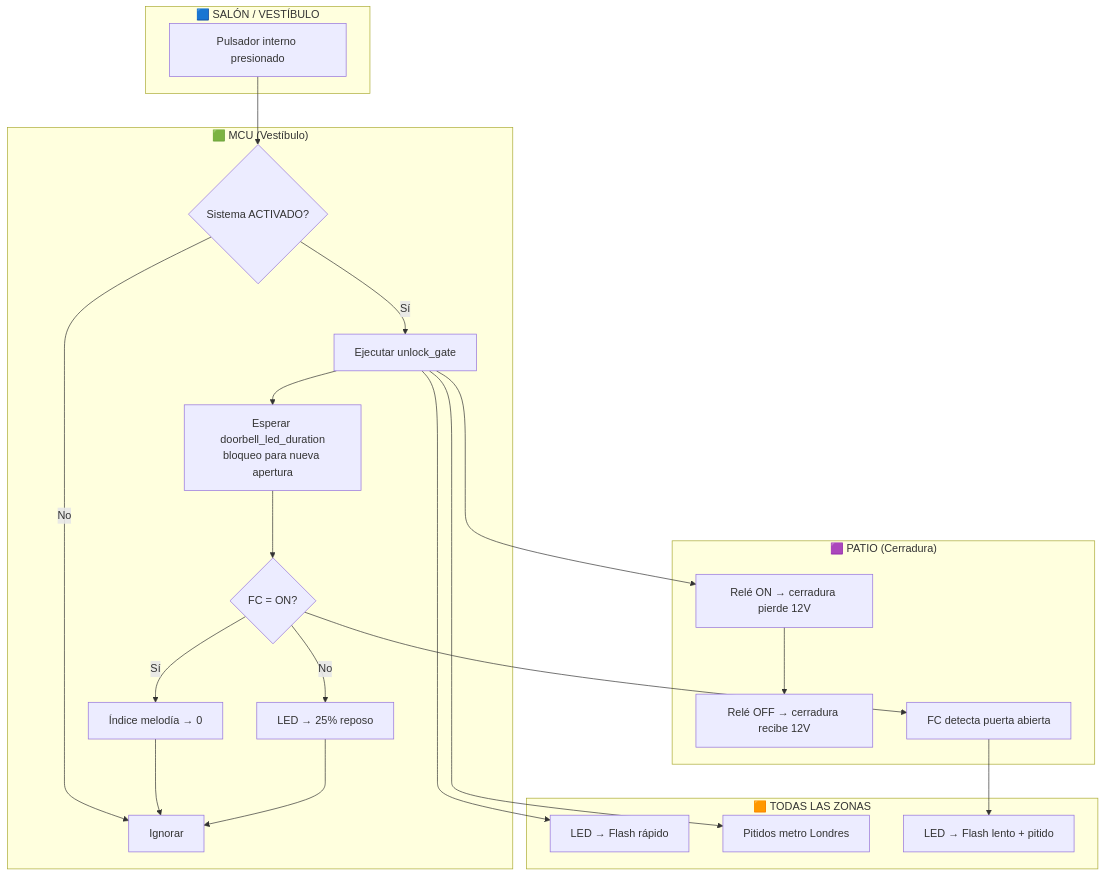
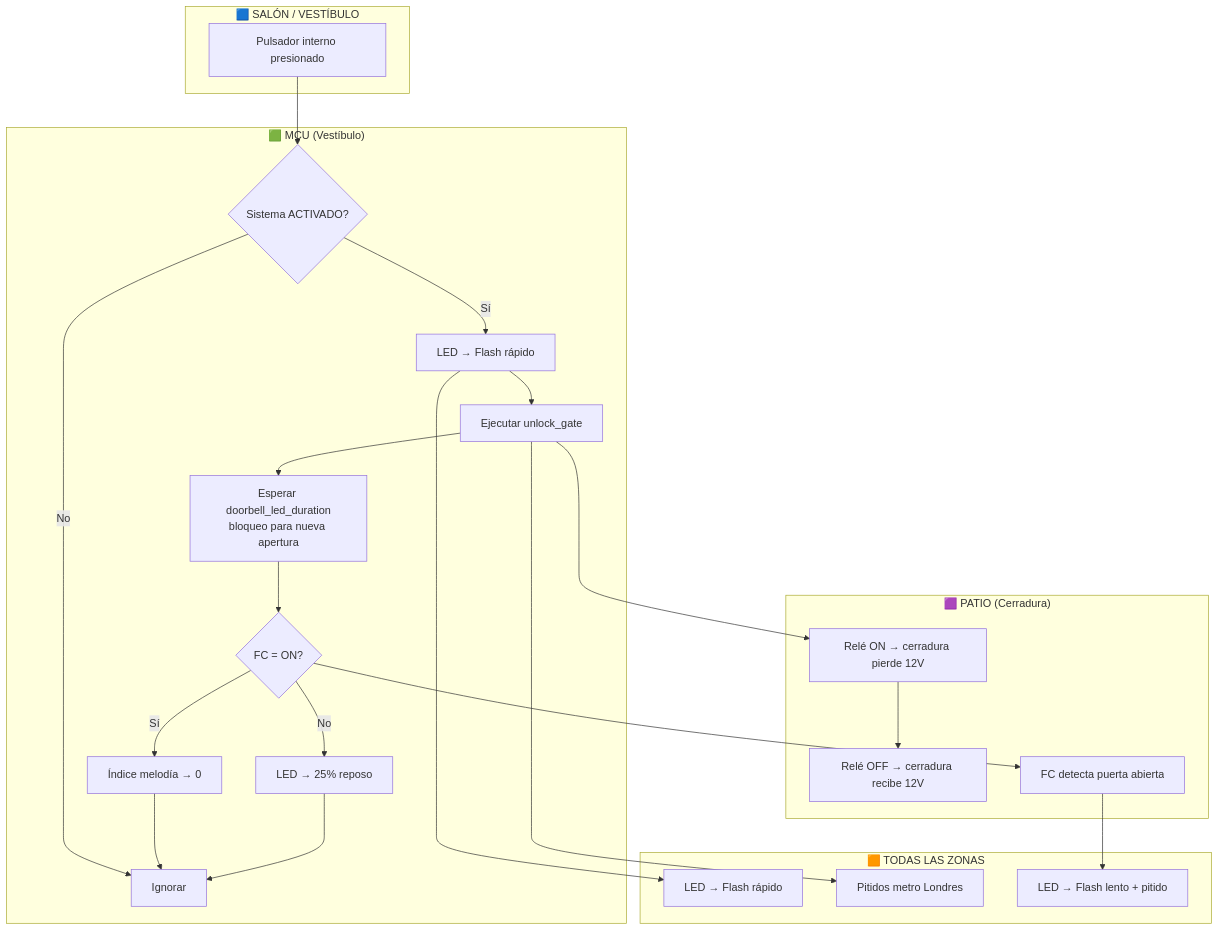
The eighth of 10 diagrams in SYSTEM_DEFINITION.md (abelbour/Abrepuertas), drawn with Mermaid before and after one commit. The commit also changed other lines of this file, not shown here.

Commit message:
Audit fixes: LED flash in internal_press, pull-up moved, independent cooldown, FC→OFF handler, emergency race flag, melody timing

````diff
--- a/SYSTEM_DEFINITION.md
+++ b/SYSTEM_DEFINITION.md
@@ -495,38 +512,39 @@
 ```mermaid
 flowchart TD
     subgraph Int["🟦 SALÓN / VESTÍBULO"]
         PULS[Pulsador interno presionado]
     end
 
     subgraph MCU["🟩 MCU (Vestíbulo)"]
         A{"Sistema ACTIVADO?"}
         A -- No --> FIN_INT[Ignorar]
-        A -- Sí --> UNLOCK[Ejecutar unlock_gate]
+        A -- Sí --> LEDON[LED → Flash rápido]
+        LEDON --> UNLOCK[Ejecutar unlock_gate]
         UNLOCK --> COOLDOWN[Esperar doorbell_led_duration<br/>bloqueo para nueva apertura]
         COOLDOWN --> CHECK{FC = ON?}
         CHECK -- Sí --> RESET[Índice melodía → 0]
         CHECK -- No --> IDLE[LED → 25% reposo]
         RESET --> FIN_INT
         IDLE --> FIN_INT
     end
 
     subgraph LOCK["🟪 PATIO (Cerradura)"]
         RELE[Relé ON → cerradura pierde 12V]
         RELE2[Relé OFF → cerradura recibe 12V]
         FC[FC detecta puerta abierta]
     end
 
     subgraph PAN["🟧 TODAS LAS ZONAS"]
         LED[LED → Flash rápido]
         BEEP[Pitidos metro Londres]
         LED2[LED → Flash lento + pitido]
     end
 
     PULS --> A
     UNLOCK --> RELE
     UNLOCK --> BEEP
-    UNLOCK --> LED
+    LEDON --> LED
     RELE --> RELE2
     CHECK --> FC
     FC --> LED2
 ```
````
